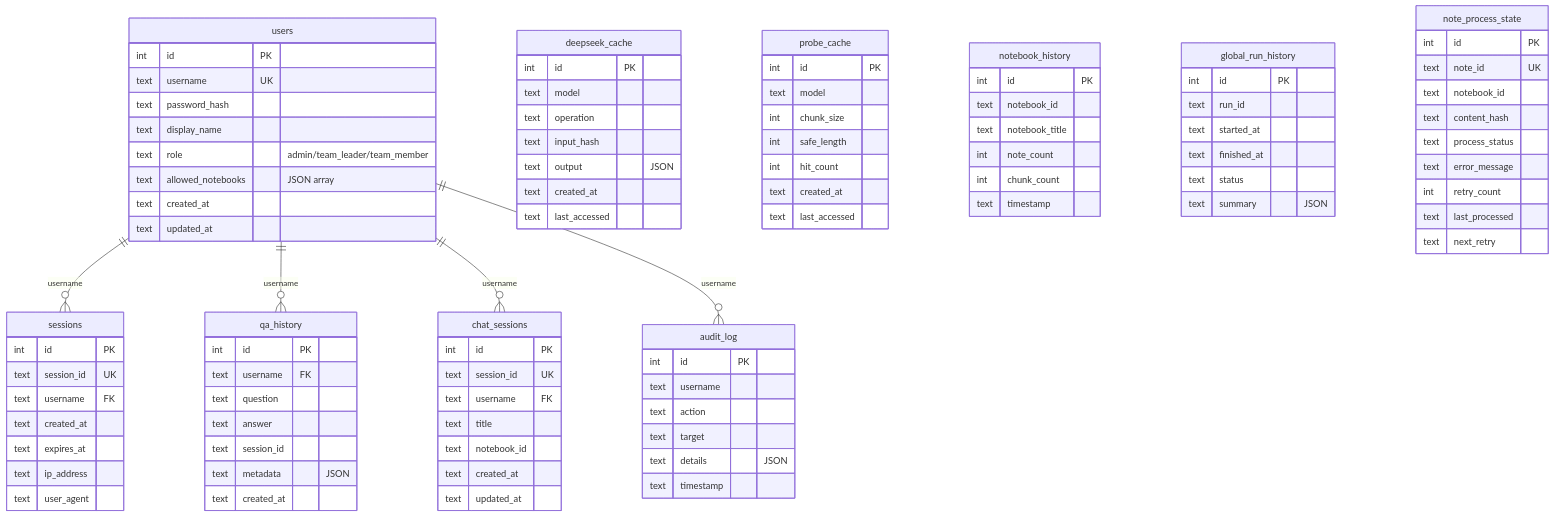
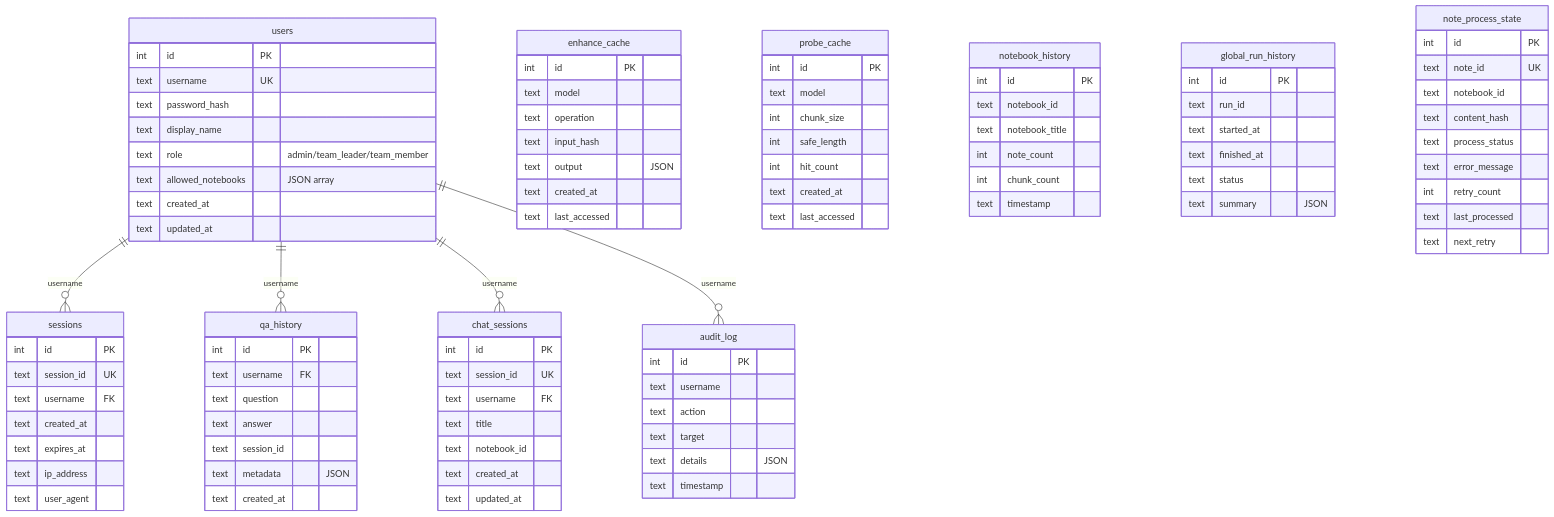
One commit to heart5/joplinai changed the seventh of 10 diagrams in docs/TECHNICAL_MANUAL.md. Above: the diagram before and after it, drawn with Mermaid. The commit also changed other lines of this file and 16 other files, not shown here.

```diff
--- a/docs/TECHNICAL_MANUAL.md
+++ b/docs/TECHNICAL_MANUAL.md
@@ -350,7 +350,7 @@
         text updated_at
     }
 
-    deepseek_cache {
+    enhance_cache {
         int id PK
         text model
         text operation
```
